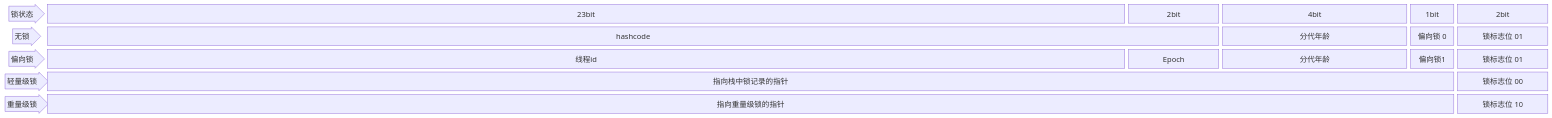
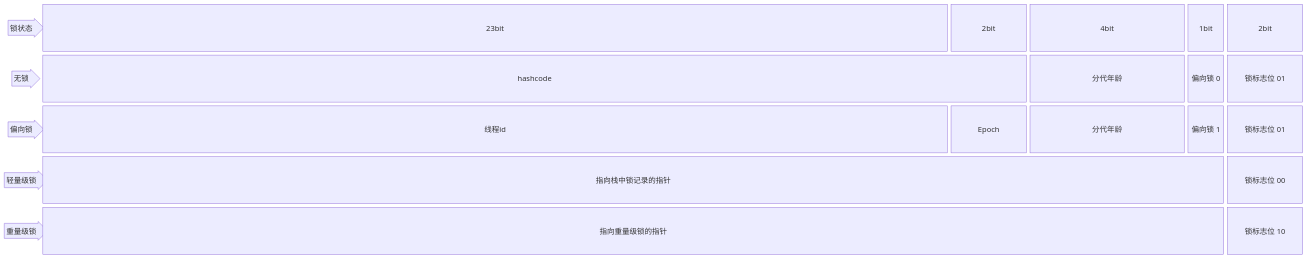
Before and after one commit to duskbat/cs-manual: the sixth of 6 diagrams in docs/java/并发.md, drawn with Mermaid. The commit also changed other lines of this file, not shown here.

````diff
--- a/docs/java/并发.md
+++ b/docs/java/并发.md
@@ -78,9 +78,13 @@
 ```mermaid
 block-beta
   columns 33
-  r0<["锁状态"]>(right):1   r0a["23bit"]:23 r0b["2bit"]:2 r0c["4bit"]:4 r0d["1bit"]:1 r0e["2bit"]:2
-  r1<["无锁"]>(right):1      hashcode:25 r1a["分代年龄"]:4 r1b["偏向锁 0"]:1 r1c["锁标志位 01"]:2
-  r2<["偏向锁"]>(right):1    线程id:23 Epoch:2 r2a["分代年龄"]:4 r2b["偏向锁1"]:1 r2c["锁标志位 01"]:2
-  r3<["轻量级锁"]>(right):1  指向栈中锁记录的指针:30 r3a["锁标志位 00"]:2
-  r4<["重量级锁"]>(right):1  指向重量级锁的指针:30 r4a["锁标志位 10"]:2
+  r0<["锁状态"]>(right):1 r0a["23bit"]:23 r0b["2bit"]:2 r0c["4bit"]:4 r0d["1bit"]:1 r0e["2bit"]:2
+  r1<["无锁"]>(right):1 r1a["hashcode"]:25 r1b["分代年龄"]:4 r1c["偏向锁 0"]:1 r1d["锁标志位 01"]:2
+  r2<["偏向锁"]>(right):1 r2a["线程id"]:23 r2b["Epoch"]:2 r2c["分代年龄"]:4 r2d["偏向锁 1"]:1 r2e["锁标志位 01"]:2
+  r3<["轻量级锁"]>(right):1 r3a["指向栈中锁记录的指针"]:30 r3b["锁标志位 00"]:2
+  r4<["重量级锁"]>(right):1 r4a["指向重量级锁的指针"]:30 r4b["锁标志位 10"]:2
+
+  classDef front height:100px;
+  class r0,r0a,r0b,r0c,r0d,r0e, r1,r1a,r1b,r1c,r1d, r2,r2a,r2b,r2c,r2d,r2e, r3,r3a,r3b, r4,r4a,r4b front
+
 ```
````
